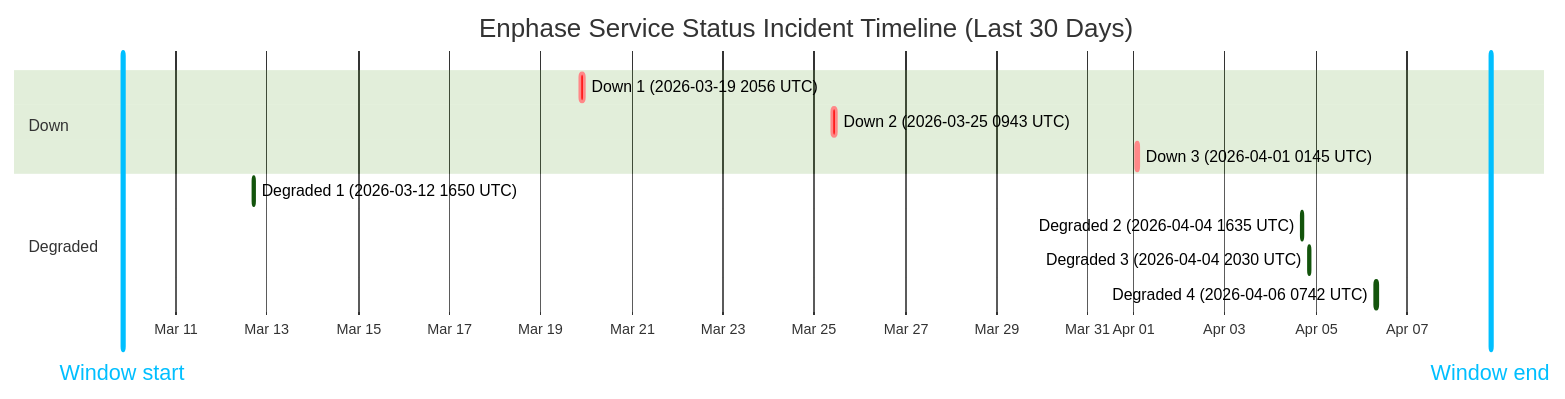
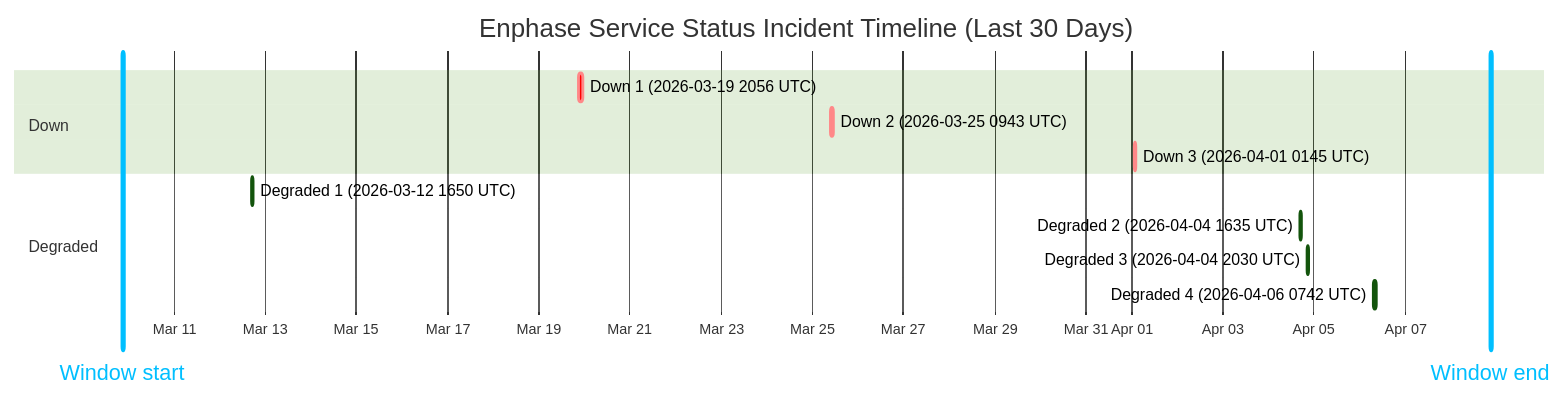
The diagram in wiki/Service-Status-History.md (barneyonline/ha-enphase-ev-charger), drawn with Mermaid (forest theme) before and after one commit. The commit also changed other lines of this file and 3 other files, not shown here.

````diff
--- a/wiki/Service-Status-History.md
+++ b/wiki/Service-Status-History.md
@@ -14,17 +14,17 @@
 ```mermaid
 gantt
     title Enphase Service Status Incident Timeline (Last 30 Days)
     dateFormat  YYYY-MM-DDTHH:mm:ss
     axisFormat  %b %d
-    Window start :vert, window-start, 2026-03-09T19:58:24, 0ms
-    Window end :vert, window-end, 2026-04-08T19:58:24, 0ms
+    Window start :vert, window-start, 2026-03-09T20:55:19, 0ms
+    Window end :vert, window-end, 2026-04-08T20:55:19, 0ms
     section Down
     Down 1 (2026-03-19 2056 UTC) :crit, down-1, 2026-03-19T20:56:20, 145m
     Down 2 (2026-03-25 0943 UTC) :crit, down-2, 2026-03-25T09:43:28, 111m
     Down 3 (2026-04-01 0145 UTC) :crit, down-3, 2026-04-01T01:45:09, 60m
     section Degraded
     Degraded 1 (2026-03-12 1650 UTC) :active, degraded-1, 2026-03-12T16:50:43, 60m
     Degraded 2 (2026-04-04 1635 UTC) :active, degraded-2, 2026-04-04T16:35:17, 60m
     Degraded 3 (2026-04-04 2030 UTC) :active, degraded-3, 2026-04-04T20:30:40, 60m
     Degraded 4 (2026-04-06 0742 UTC) :active, degraded-4, 2026-04-06T07:42:09, 85m
 ```
````
